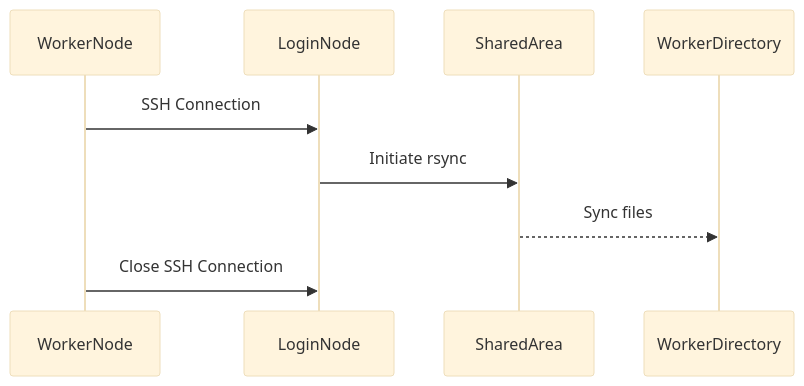
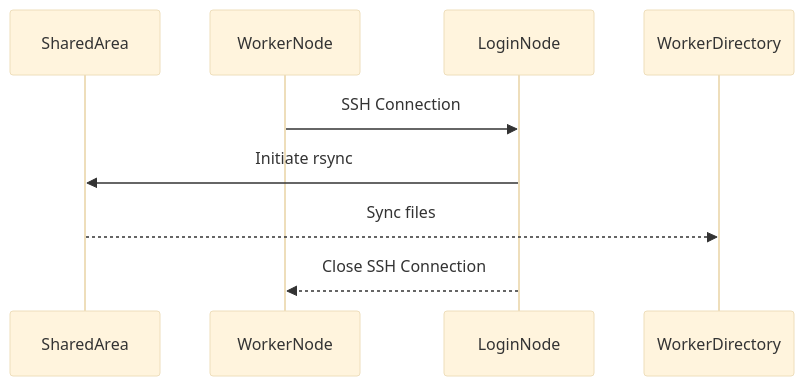
Before and after one commit to Carldkennedy/hpc_workflow_recipes: the diagram in README.md, drawn with Mermaid (base theme).

````diff
--- a/README.md
+++ b/README.md
@@ -68,7 +68,8 @@
 ```mermaid
 sequenceDiagram
+    participant SharedArea
     WorkerNode->>LoginNode: SSH Connection
     LoginNode->>SharedArea: Initiate rsync
     SharedArea-->>WorkerDirectory: Sync files
-    WorkerNode->>LoginNode: Close SSH Connection
+    LoginNode-->>WorkerNode: Close SSH Connection
 ```
````
